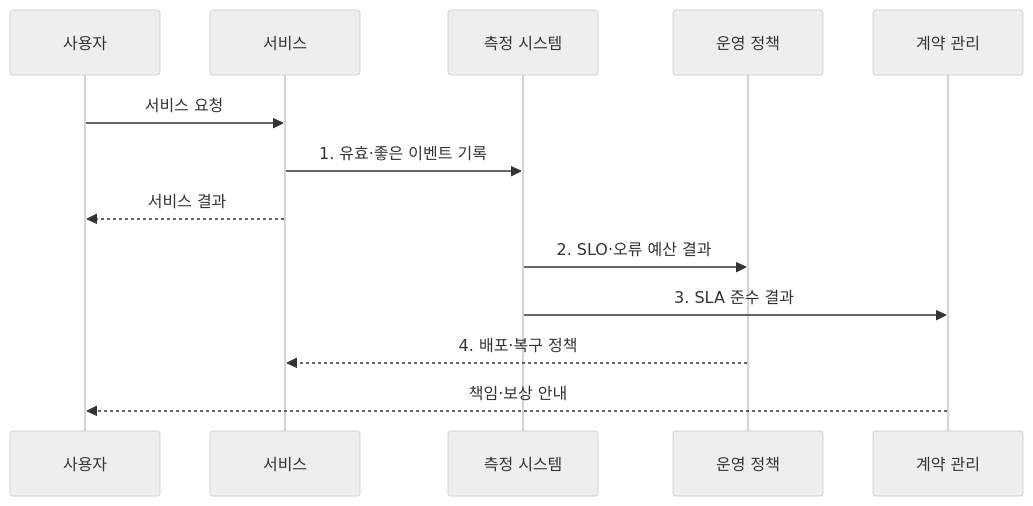
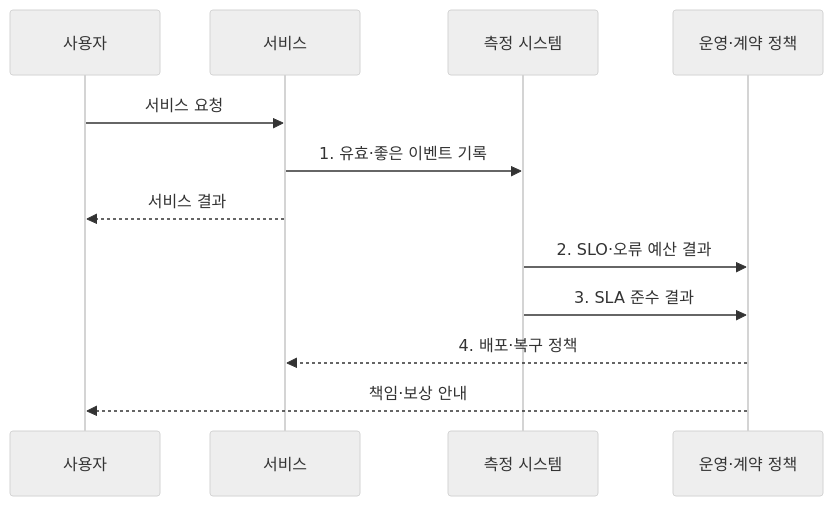
One commit to agnusdei1207/knowledge-base changed the second of 2 diagrams in src/content/docs/notes/03-software/165_slo_sla_sli.md. Above: the diagram before and after it, drawn with Mermaid (neutral theme). The commit also changed 8 other files, not shown here.

Commit message:
Simplify service operation diagrams

````diff
--- a/src/content/docs/notes/03-software/165_slo_sla_sli.md
+++ b/src/content/docs/notes/03-software/165_slo_sla_sli.md
@@ -98,15 +98,14 @@
 ```mermaid
 sequenceDiagram
     participant U as 사용자
     participant S as 서비스
     participant M as 측정 시스템
-    participant O as 운영 정책
-    participant C as 계약 관리
+    participant O as 운영·계약 정책
     U->>S: 서비스 요청
     S->>M: 1. 유효·좋은 이벤트 기록
     S-->>U: 서비스 결과
     M->>O: 2. SLO·오류 예산 결과
-    M->>C: 3. SLA 준수 결과
+    M->>O: 3. SLA 준수 결과
     O-->>S: 4. 배포·복구 정책
-    C-->>U: 책임·보상 안내
+    O-->>U: 책임·보상 안내
 ```
````
